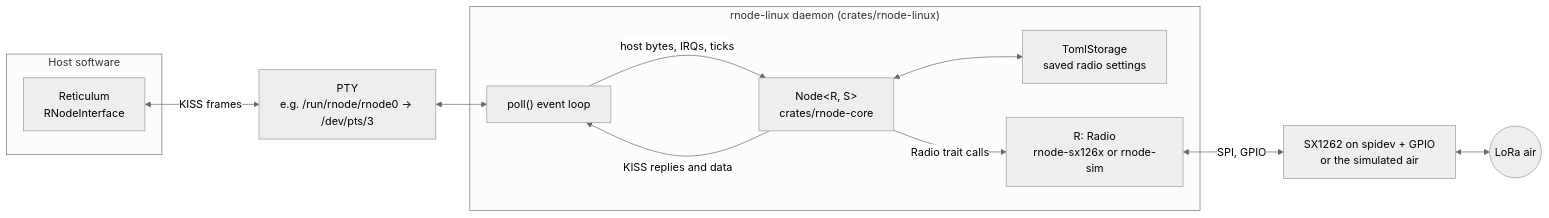
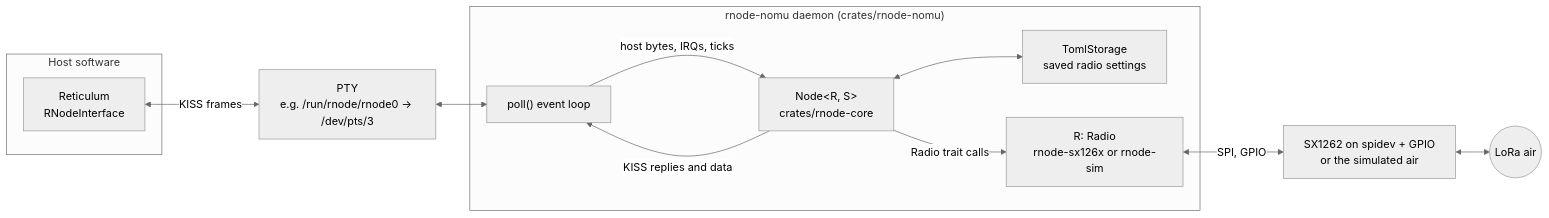
One commit to arader/rnode-nomu changed the first of 3 diagrams in README.md. Above: the diagram before and after it, drawn with Mermaid (neutral theme). The commit also changed other lines of this file and 57 other files, not shown here.

First line of the commit message:
Move to GitHub as rnode-nomu: CI, license and attribution, rename (#1)

````diff
--- a/README.md
+++ b/README.md
@@ -207,24 +209,24 @@
 ```mermaid
 flowchart LR
     subgraph Host["Host software"]
         RNS["Reticulum<br/>RNodeInterface"]
     end
     PTY["PTY<br/>e.g. /run/rnode/rnode0 → /dev/pts/3"]
-    subgraph Daemon["rnode-linux daemon (crates/rnode-linux)"]
+    subgraph Daemon["rnode-nomu daemon (crates/rnode-nomu)"]
         Loop["poll() event loop"]
         Node["Node&lt;R, S&gt;<br/>crates/rnode-core"]
         Store["TomlStorage<br/>saved radio settings"]
         Driver["R: Radio<br/>rnode-sx126x or rnode-sim"]
     end
     Modem["SX1262 on spidev + GPIO<br/>or the simulated air"]
     Air(("LoRa air"))
 
     RNS <-->|"KISS frames"| PTY
     PTY <--> Loop
     Loop -->|"host bytes, IRQs, ticks"| Node
     Node -->|"KISS replies and data"| Loop
     Node <--> Store
     Node -->|"Radio trait calls"| Driver
     Driver <-->|"SPI, GPIO"| Modem
     Modem <--> Air
 ```
````
